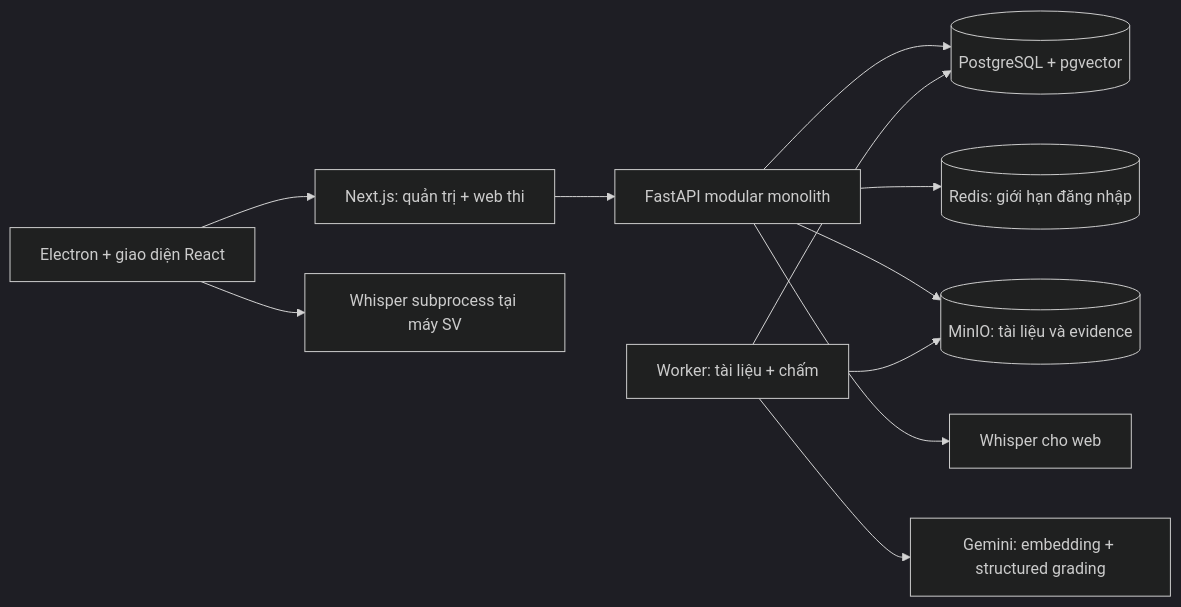
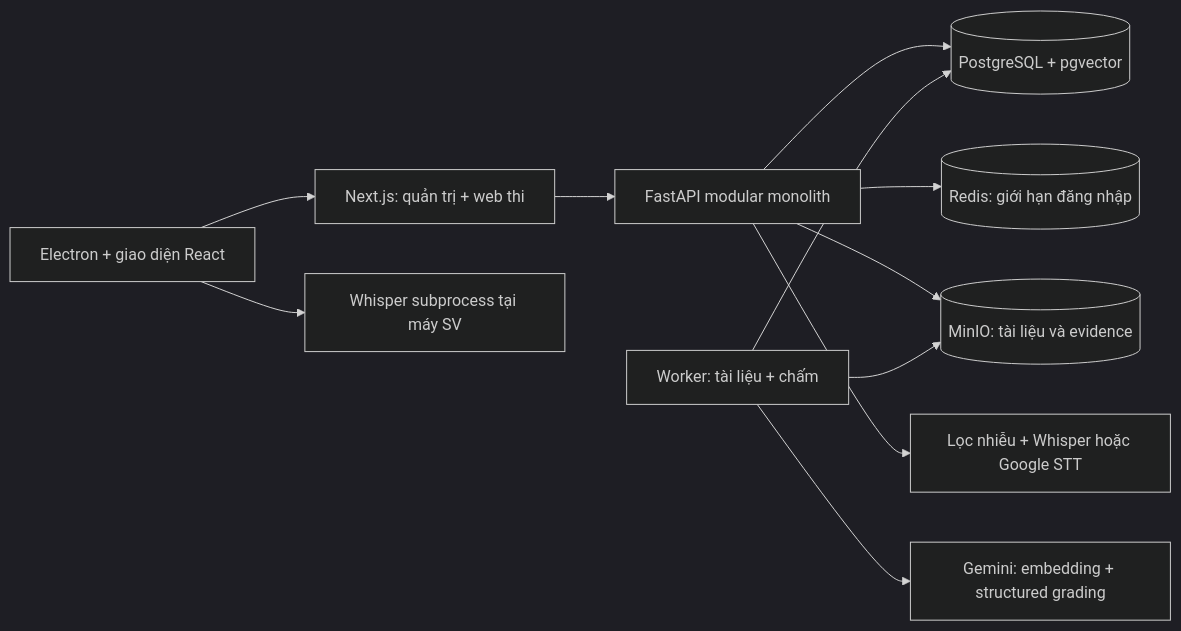
Before and after one commit to NCKH-LongT/AI-Oral-Assessment-Platform: the diagram in docs/architecture/phase-1.md, drawn with Mermaid (dark theme). The commit also changed other lines of this file and 46 other files, not shown here.

````diff
--- a/docs/architecture/phase-1.md
+++ b/docs/architecture/phase-1.md
@@ -16,13 +18,13 @@
 ```mermaid
 flowchart LR
   Web[Next.js: quản trị + web thi] --> API[FastAPI modular monolith]
   Electron[Electron + giao diện React] --> Web
   Electron --> LocalSTT[Whisper subprocess tại máy SV]
   API --> PG[(PostgreSQL + pgvector)]
   API --> Redis[(Redis: giới hạn đăng nhập)]
   API --> S3[(MinIO: tài liệu và evidence)]
-  API --> STT[Whisper cho web]
+  API --> STT[Lọc nhiễu + Whisper hoặc Google STT]
   Worker[Worker: tài liệu + chấm] --> PG
   Worker --> S3
   Worker --> Gemini[Gemini: embedding + structured grading]
 ```
````
